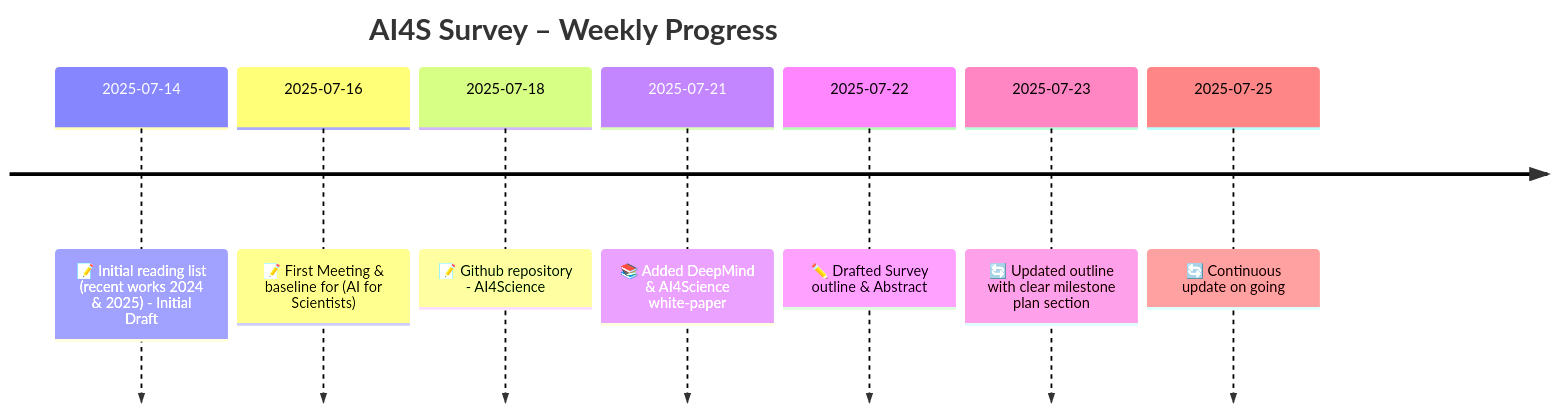
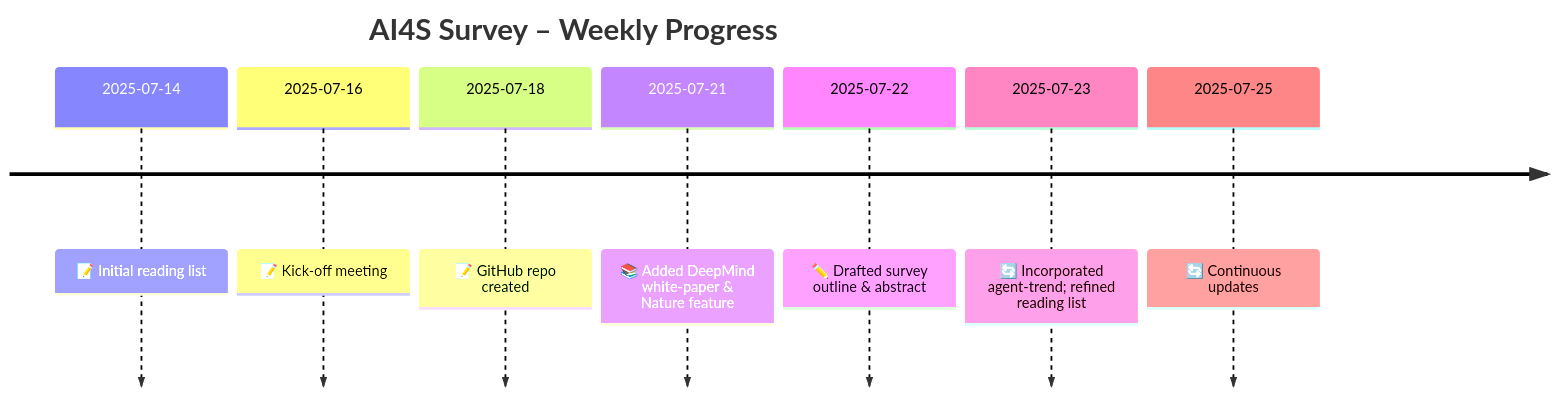
The diagram in README.md (MI-Hussain/AI4Science), drawn with Mermaid before and after one commit. The commit also changed other lines of this file, not shown here.

````diff
--- a/README.md
+++ b/README.md
@@ -142,12 +150,11 @@
 ```mermaid
 timeline
     title AI4S Survey – Weekly Progress
-    2025-07-14 : 📝 Initial reading list (recent works 2024 & 2025) - Initial Draft
-    2025-07-16 : 📝 First Meeting & baseline for (AI for Scientists)
-    2025-07-18 : 📝 Github repository - AI4Science
-    2025-07-21 : 📚 Added DeepMind & AI4Science white‑paper
-    2025-07-22 : ✏️ Drafted Survey outline & Abstract
-    2025-07-23 : 🔄 Updated outline with clear milestone plan section
-    2025-07-25 : 🔄 Continuous update on going
-
+    2025-07-14 : 📝 Initial reading list
+    2025-07-16 : 📝 Kick‑off meeting
+    2025-07-18 : 📝 GitHub repo created
+    2025-07-21 : 📚 Added DeepMind white‑paper & Nature feature
+    2025-07-22 : ✏️ Drafted survey outline & abstract
+    2025-07-23 : 🔄 Incorporated agent‑trend; refined reading list
+    2025-07-25 : 🔄 Continuous updates
 ```
````
